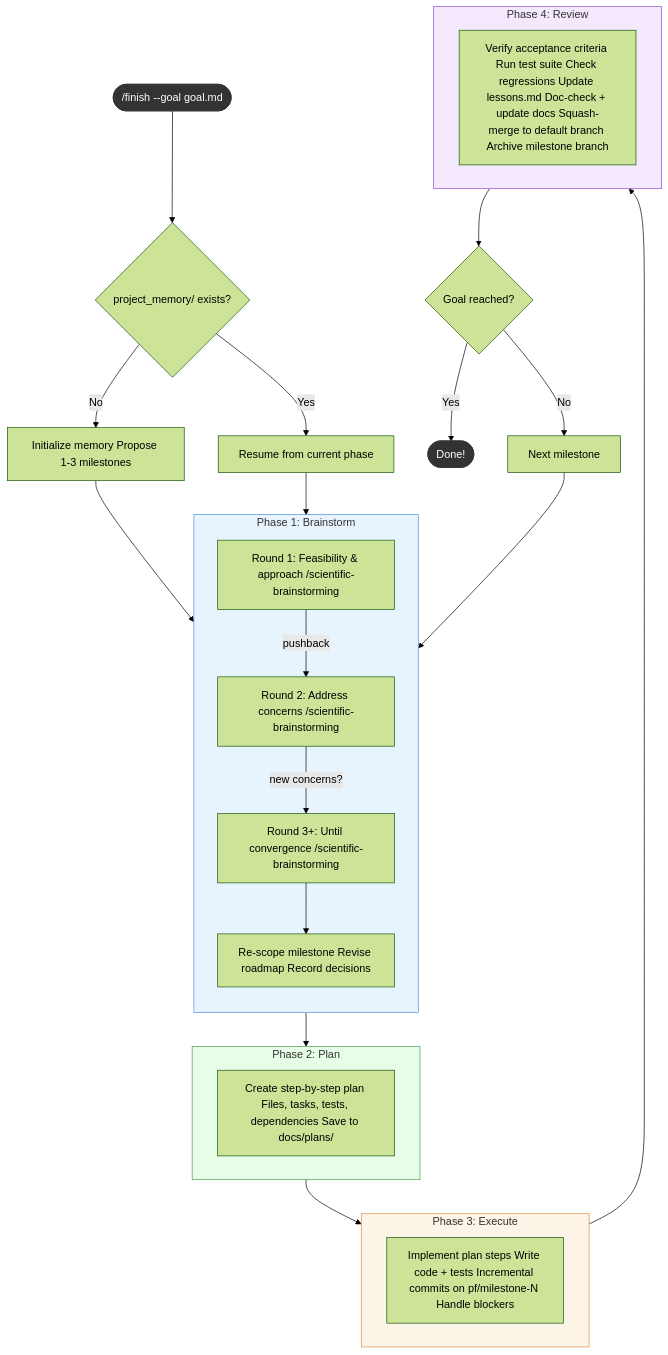
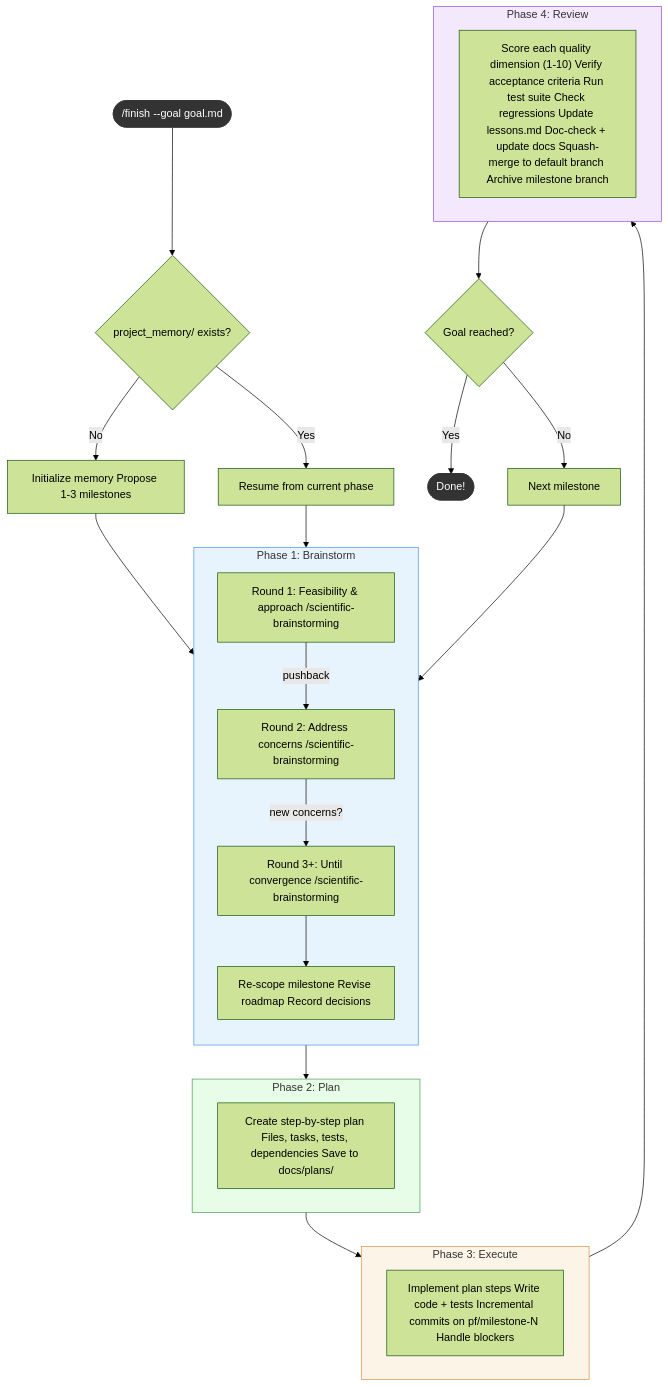
One commit to yuanhao96/project-finisher changed the diagram in README.md. Above: the diagram before and after it, drawn with Mermaid (forest theme). The commit also changed other lines of this file and 1 other file, not shown here.

Commit message:
pf: docs — update README with quality scoring, bump to v0.2.0

````diff
--- a/README.md
+++ b/README.md
@@ -7,45 +7,45 @@
 ```mermaid
 flowchart TD
     START(["/finish --goal goal.md"]) --> CHECK{project_memory/ exists?}
     CHECK -- No --> INIT["Initialize memory Propose 1-3 milestones"]
     CHECK -- Yes --> RESUME["Resume from current phase"]
     INIT --> BRAINSTORM
     RESUME --> BRAINSTORM
 
     subgraph BRAINSTORM ["Phase 1: Brainstorm"]
         direction TB
         B1["Round 1: Feasibility & approach /scientific-brainstorming"]
         B1 -- "pushback" --> B2["Round 2: Address concerns /scientific-brainstorming"]
         B2 -- "new concerns?" --> B3["Round 3+: Until convergence /scientific-brainstorming"]
         B3 --> BOUT["Re-scope milestone Revise roadmap Record decisions"]
     end
 
     BRAINSTORM --> PLAN
 
     subgraph PLAN ["Phase 2: Plan"]
         P1["Create step-by-step plan Files, tasks, tests, dependencies Save to docs/plans/"]
     end
 
     PLAN --> EXECUTE
 
     subgraph EXECUTE ["Phase 3: Execute"]
         E1["Implement plan steps Write code + tests Incremental commits on pf/milestone-N Handle blockers"]
     end
 
     EXECUTE --> REVIEW
 
     subgraph REVIEW ["Phase 4: Review"]
-        R1["Verify acceptance criteria Run test suite Check regressions Update lessons.md Doc-check + update docs Squash-merge to default branch Archive milestone branch"]
+        R1["Score each quality dimension (1-10) Verify acceptance criteria Run test suite Check regressions Update lessons.md Doc-check + update docs Squash-merge to default branch Archive milestone branch"]
     end
 
     REVIEW --> DONE{Goal reached?}
     DONE -- "Yes" --> STOP(["Done!"])
     DONE -- "No" --> NEXT["Next milestone"] --> BRAINSTORM
 
     style BRAINSTORM fill:#e8f4fd,stroke:#4a90d9
     style PLAN fill:#e8fde8,stroke:#4a9950
     style EXECUTE fill:#fdf4e8,stroke:#d9904a
     style REVIEW fill:#f4e8fd,stroke:#904ad9
     style START fill:#333,color:#fff,stroke:#333
     style STOP fill:#333,color:#fff,stroke:#333
 ```
````
